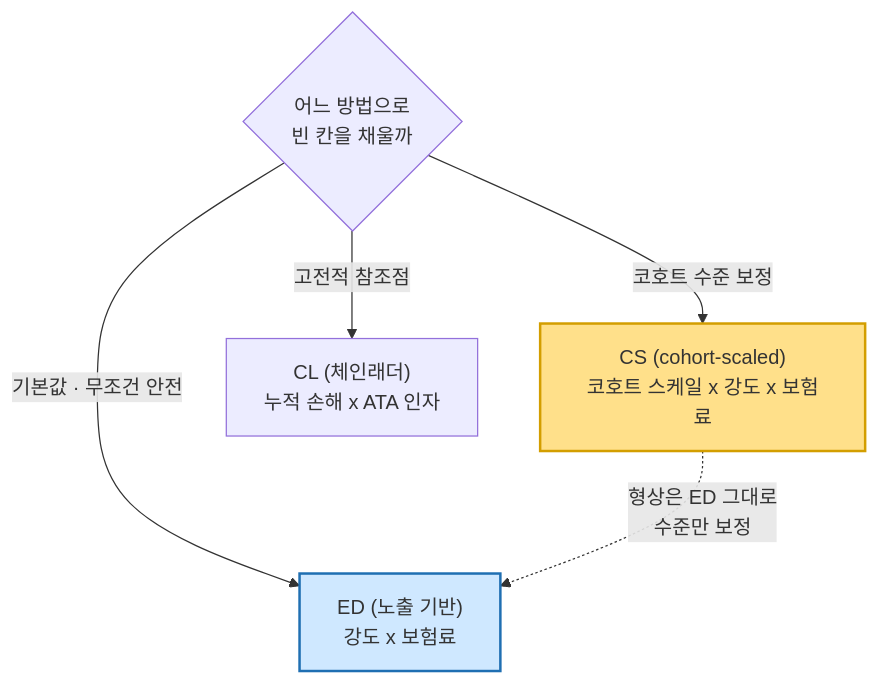
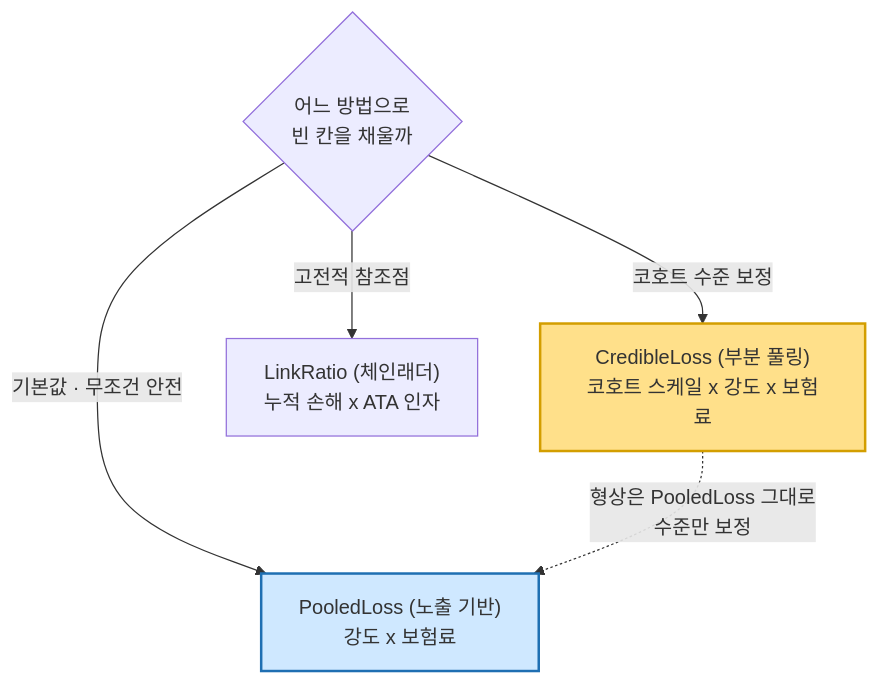
Before and after one commit to seokhoonj/lossratio: the diagram in docs/tutorial/04-projection.md, drawn with Mermaid. The commit also changed other lines of this file and 8 other files, not shown here.

````diff
--- a/docs/tutorial/04-projection.md
+++ b/docs/tutorial/04-projection.md
@@ -30,10 +31,10 @@
 ```{mermaid}
 flowchart TD
   Q{"어느 방법으로<br/>빈 칸을 채울까"}
-  Q -->|"기본값 · 무조건 안전"| ED["ED (노출 기반)<br/>강도 x 보험료"]
-  Q -->|"코호트 수준 보정"| CS["CS (cohort-scaled)<br/>코호트 스케일 x 강도 x 보험료"]
-  Q -->|"고전적 참조점"| CL["CL (체인래더)<br/>누적 손해 x ATA 인자"]
-  CS -.->|"형상은 ED 그대로<br/>수준만 보정"| ED
+  Q -->|"기본값 · 무조건 안전"| ED["PooledLoss (노출 기반)<br/>강도 x 보험료"]
+  Q -->|"코호트 수준 보정"| CS["CredibleLoss (부분 풀링)<br/>코호트 스케일 x 강도 x 보험료"]
+  Q -->|"고전적 참조점"| CL["LinkRatio (체인래더)<br/>누적 손해 x ATA 인자"]
+  CS -.->|"형상은 PooledLoss 그대로<br/>수준만 보정"| ED
   style ED fill:#cfe8ff,stroke:#1f6fb2,stroke-width:2px
   style CS fill:#ffe08a,stroke:#d39e00,stroke-width:2px
 ```
````
